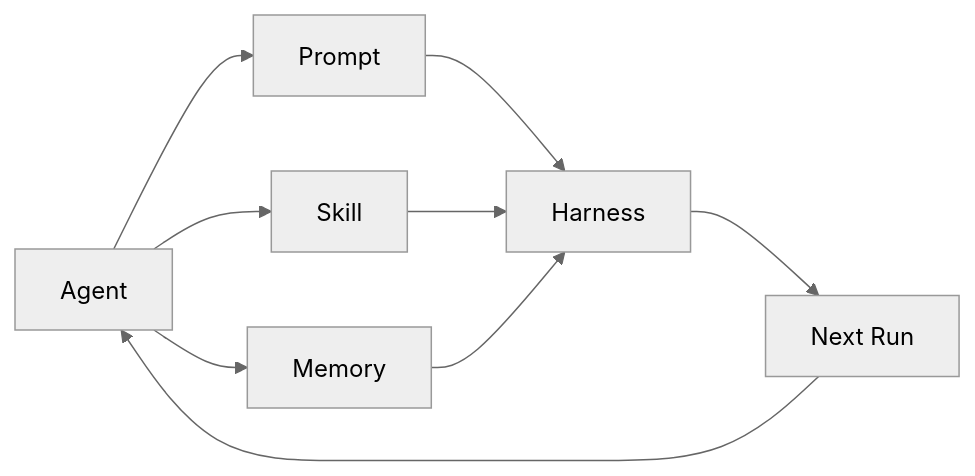
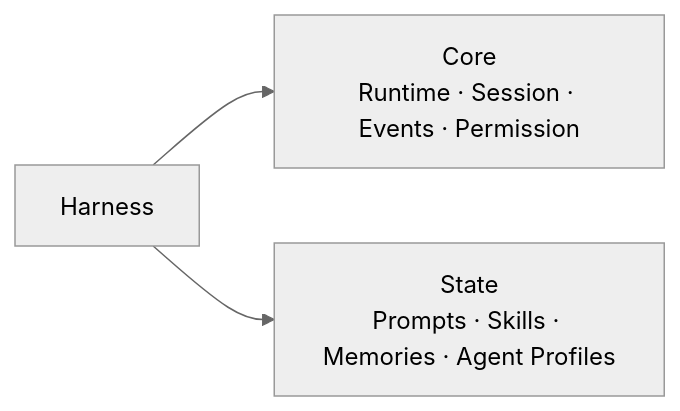
One commit to liuyueyi/hello-harness changed the second of 4 diagrams in docs/zh/tutorials/stage-6-hello-continual-harness/index.md. Above: the diagram before and after it, drawn with Mermaid (neutral theme). The commit also changed other lines of this file and 87 other files, not shown here.

````diff
--- a/docs/zh/tutorials/stage-6-hello-continual-harness/index.md
+++ b/docs/zh/tutorials/stage-6-hello-continual-harness/index.md
@@ -56,11 +60,5 @@
 ```mermaid
 flowchart LR
-  A[Agent] --> P[Prompt]
-  A --> S[Skill]
-  A --> M[Memory]
-  P --> H[Harness]
-  S --> H
-  M --> H
-  H --> N[Next Run]
-  N --> A
+  H[Harness] --> C[Core<br/>Runtime · Session · Events · Permission]
+  H --> S[State<br/>Prompts · Skills · Memories · Agent Profiles]
 ```
````
